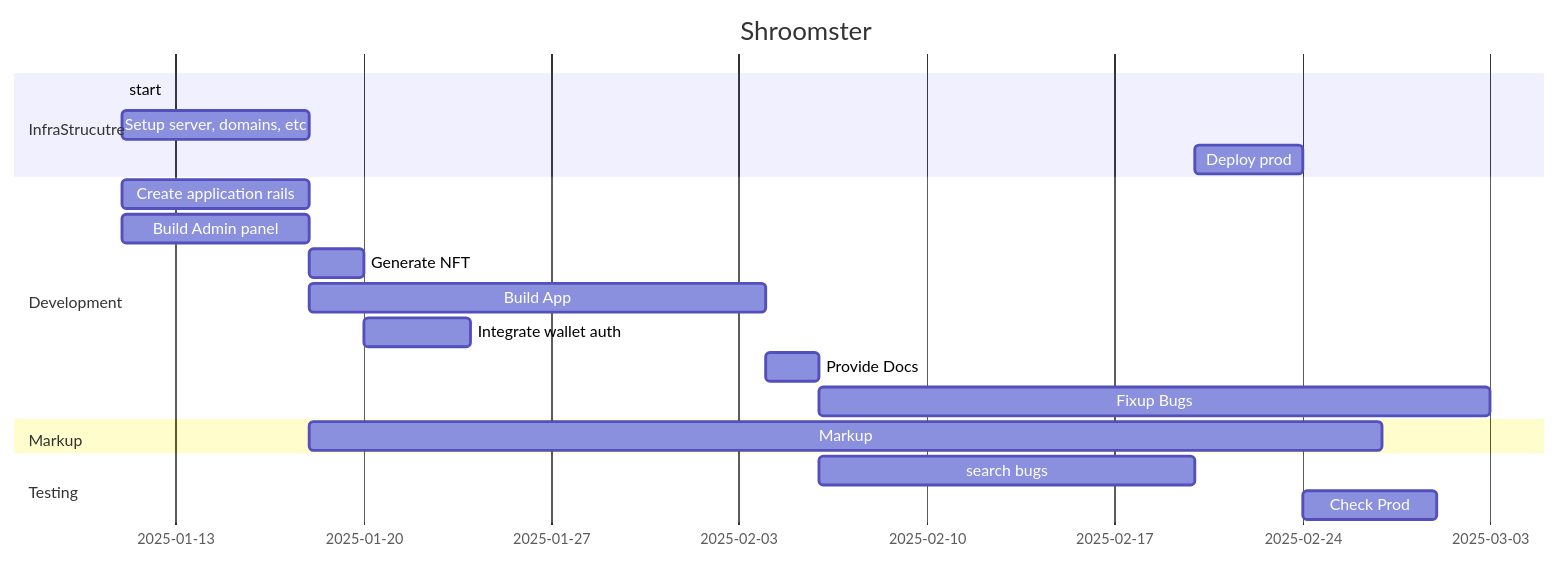
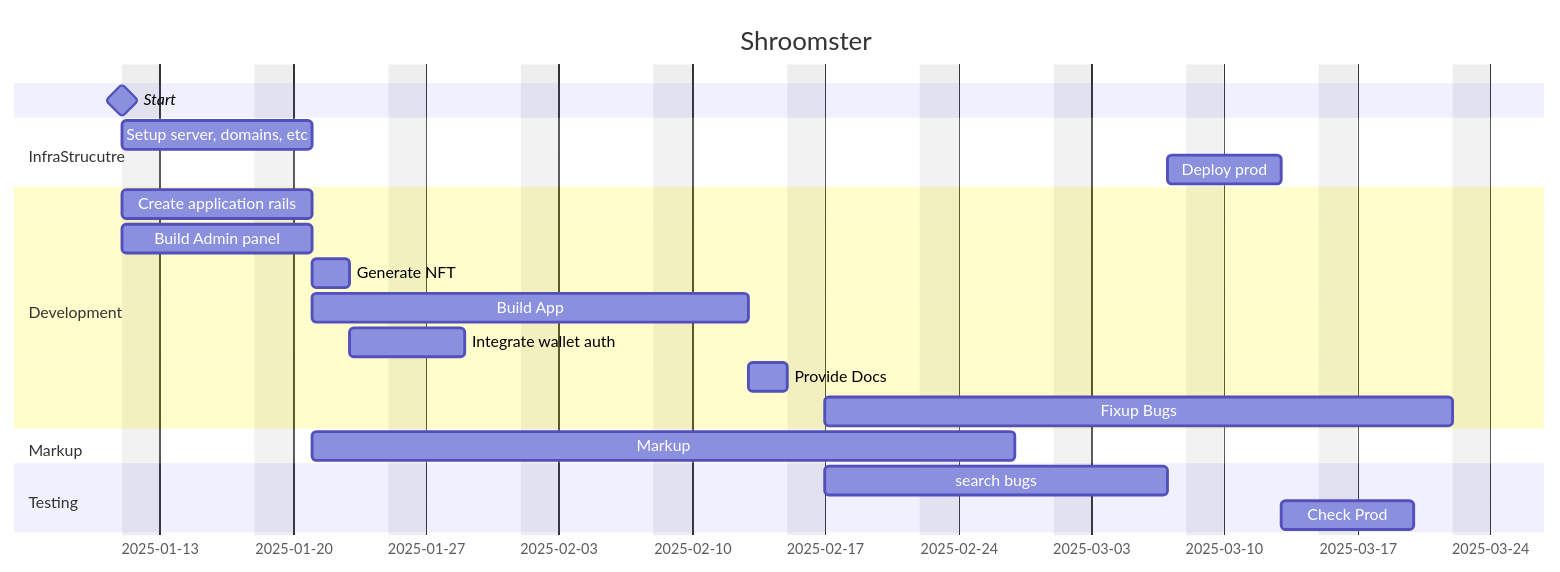
The diagram in content/NA/Sales/Shroomsters.md (nosovk/flowershow), drawn with Mermaid before and after one commit. The commit also changed other lines of this file, not shown here.

Commit message:
Update content content/NA/Sales/Shroomsters.md

````diff
--- a/content/NA/Sales/Shroomsters.md
+++ b/content/NA/Sales/Shroomsters.md
@@ -32,25 +47,26 @@
 ```mermaid
 gantt
-    title Shroomster
-    dateFormat MM-DD
-    tickInterval 1week
-    weekday monday
-	section InfraStrucutre
-	    start: s1, 2025-01-11, 0d
-		Setup server, domains, etc: i1, after s1, 7d
-		Deploy prod: i3, after qa1, 4d
-	section Development
-		Create application rails: dev1, after s1, 7d
-		Build Admin panel: dev2-1, after s1, 7d
-		Generate NFT: dev2-2, after dev1, 2d
-		Build App: dev3-1, after dev2-1, 17d
-		Integrate wallet auth: dev3-2, after dev2-2, 4d 
-		Provide Docs: dev4, after dev3-1, 2d
-		Fixup Bugs: dev5, after dev4, 25d
-	section Markup
-		Markup: m1, after dev1, 40d
-	section Testing
-	    search bugs: qa1, after dev4, 14d
-	    Check Prod: qa2, after i3, 5d
-
+    title Shroomster
+    dateFormat MM-DD
+    tickInterval 1week
+    excludes weekends
+    todayMarker off
+    weekday monday
+    Start : milestone, s1, 2025-01-11,0min
+    section InfraStrucutre
+        Setup server, domains, etc: i1, after s1, 7d
+        Deploy prod: i3, after qa1, 4d
+    section Development
+        Create application rails: dev1, after s1, 7d
+        Build Admin panel: dev2-1, after s1, 7d
+        Generate NFT: dev2-2, after dev1, 2d
+        Build App: dev3-1, after dev2-1, 17d
+        Integrate wallet auth: dev3-2, after dev2-2, 4d
+        Provide Docs: dev4, after dev3-1, 2d
+        Fixup Bugs: dev5, after dev4, 25d
+    section Markup
+        Markup: m1, after dev1, until dev5
+    section Testing
+        search bugs: qa1, after dev4, 14d
+        Check Prod: qa2, after i3, 5d
 ```
````
